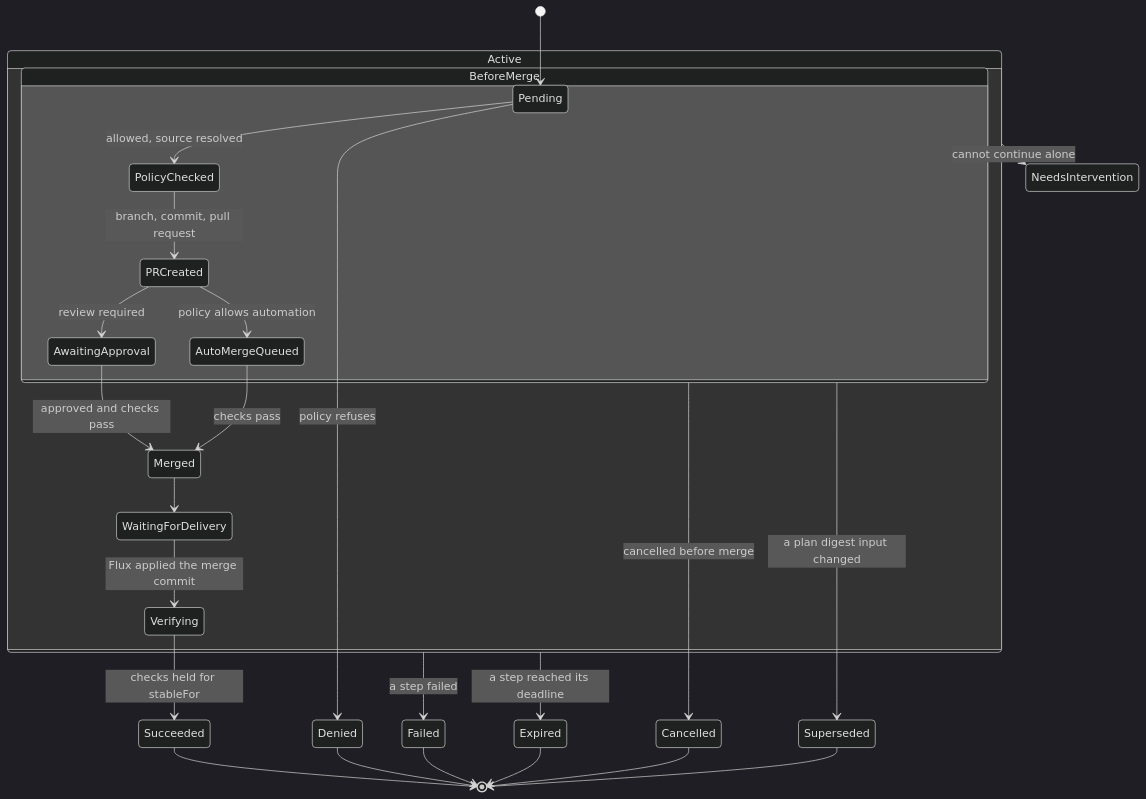
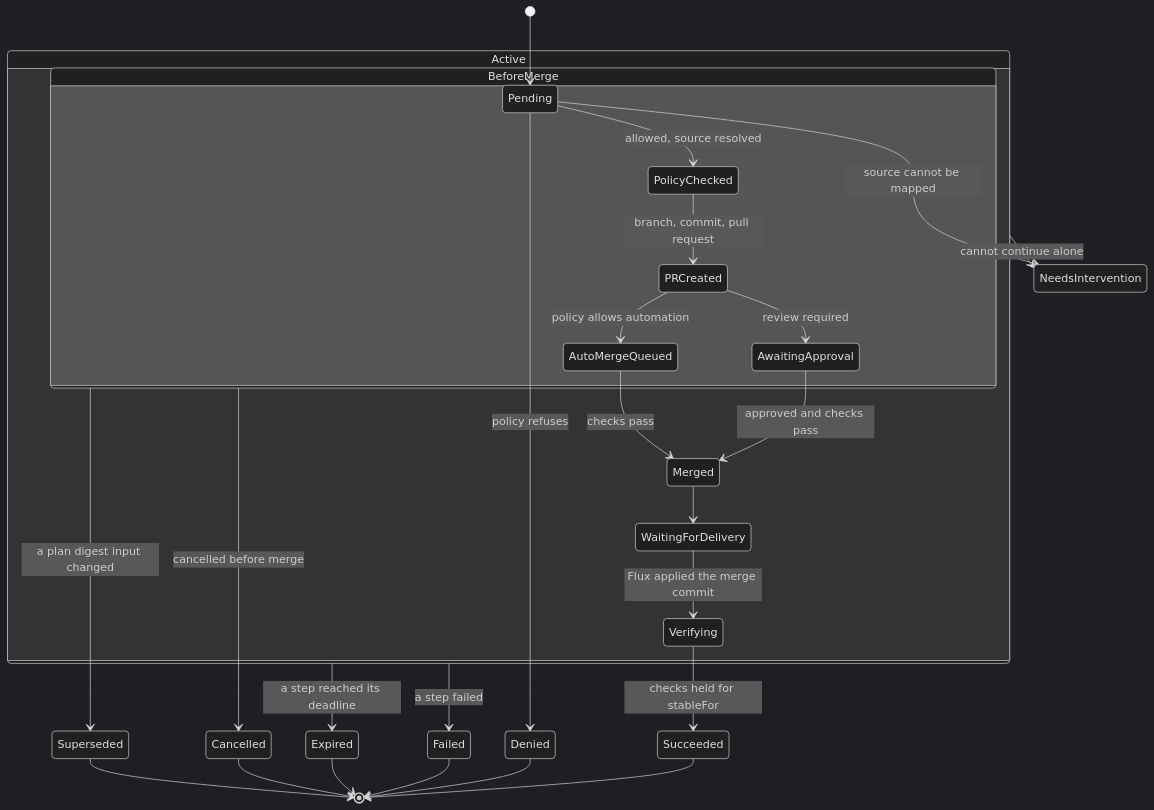
One commit to pkalin/shadewright changed the third of 5 diagrams in docs/design.md. Above: the diagram before and after it, drawn with Mermaid (dark theme). The commit also changed other lines of this file and 9 other files, not shown here.

````diff
--- a/docs/design.md
+++ b/docs/design.md
@@ -358,29 +358,30 @@
 ```mermaid
 stateDiagram-v2
     [*] --> Pending
     state Active {
         state BeforeMerge {
             Pending --> PolicyChecked: allowed, source resolved
             PolicyChecked --> PRCreated: branch, commit, pull request
             PRCreated --> AwaitingApproval: review required
             PRCreated --> AutoMergeQueued: policy allows automation
             AwaitingApproval --> Merged: approved and checks pass
             AutoMergeQueued --> Merged: checks pass
         }
         Merged --> WaitingForDelivery
         WaitingForDelivery --> Verifying: Flux applied the merge commit
     }
     Pending --> Denied: policy refuses
+    Pending --> NeedsIntervention: source cannot be mapped
     Verifying --> Succeeded: checks held for stableFor
     BeforeMerge --> Cancelled: cancelled before merge
     BeforeMerge --> Superseded: a plan digest input changed
     Active --> Expired: a step reached its deadline
     Active --> Failed: a step failed
     Active --> NeedsIntervention: cannot continue alone
     Succeeded --> [*]
     Denied --> [*]
     Failed --> [*]
     Expired --> [*]
     Cancelled --> [*]
     Superseded --> [*]
 ```
````
